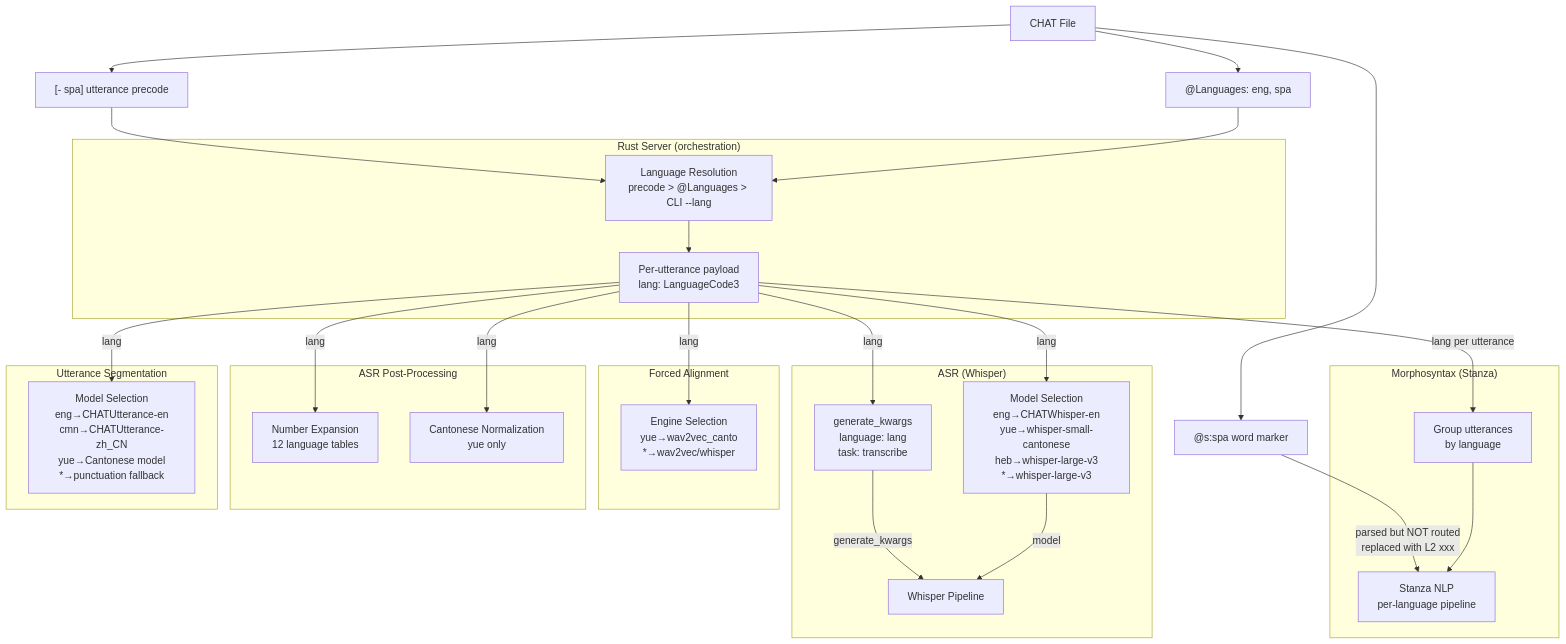
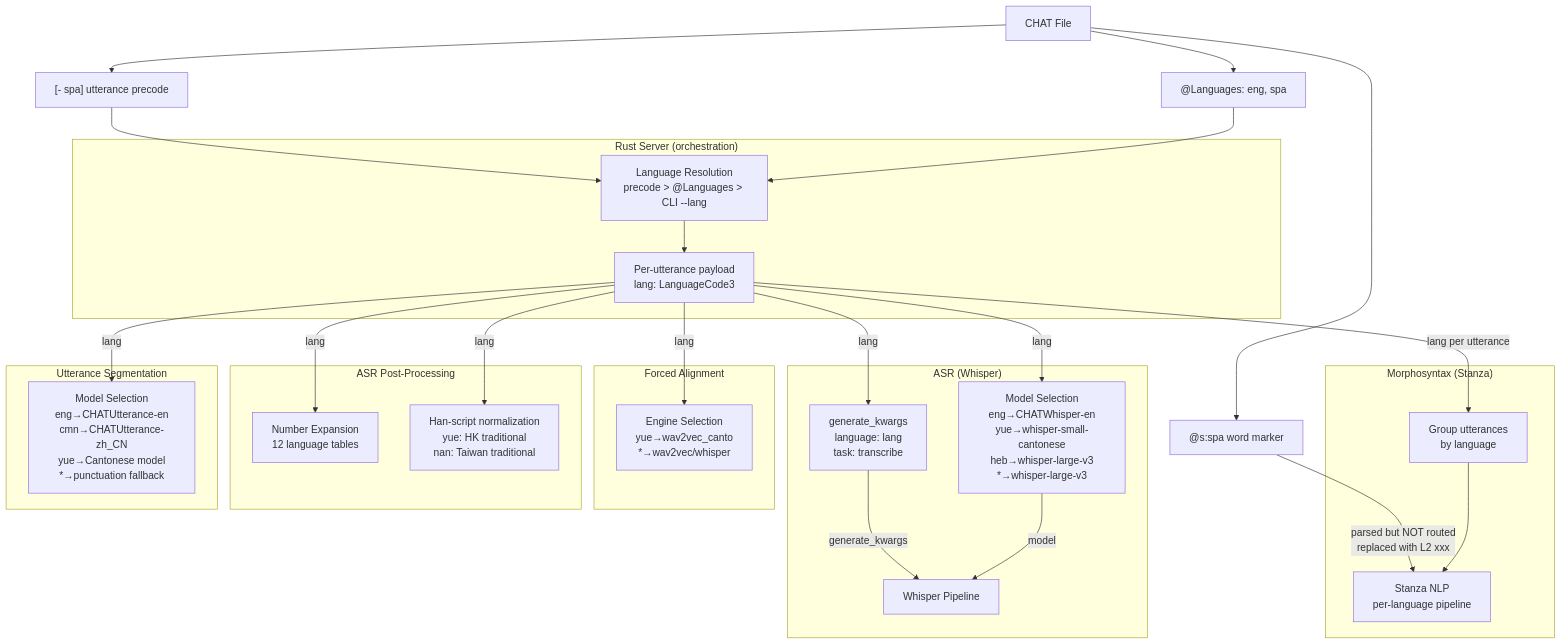
The first of 2 diagrams in book/src/architecture/language-and-multilingual/language-routing.md (FranklinChen/talkbank-tools), drawn with Mermaid before and after one commit. The commit also changed 39 other files, not shown here.

````diff
--- a/book/src/architecture/language-and-multilingual/language-routing.md
+++ b/book/src/architecture/language-and-multilingual/language-routing.md
@@ -29,53 +29,53 @@
 ```mermaid
 flowchart TD
     chat["CHAT File"]
     langs["@Languages: eng, spa"]
     precode["[- spa] utterance precode"]
     atS["@s:spa word marker"]
 
     chat --> langs & precode & atS
 
     subgraph Rust["Rust Server (orchestration)"]
         resolve["Language Resolution\nprecode > @Languages > CLI --lang"]
         payload["Per-utterance payload\nlang: LanguageCode3"]
     end
 
     langs & precode --> resolve --> payload
 
     subgraph ASR["ASR (Whisper)"]
         model_sel["Model Selection\neng→CHATWhisper-en\nyue→whisper-small-cantonese\nheb→whisper-large-v3\n*→whisper-large-v3"]
         gen_kwargs["generate_kwargs\nlanguage: lang\ntask: transcribe"]
         whisper["Whisper Pipeline"]
     end
 
     payload -->|lang| model_sel -->|model| whisper
     payload -->|lang| gen_kwargs -->|generate_kwargs| whisper
 
     subgraph Morphosyntax["Morphosyntax (Stanza)"]
         group_by["Group utterances\nby language"]
         stanza["Stanza NLP\nper-language pipeline"]
     end
 
     payload -->|lang per utterance| group_by --> stanza
 
     subgraph FA["Forced Alignment"]
         fa_engine["Engine Selection\nyue→wav2vec_canto\n*→wav2vec/whisper"]
     end
 
     payload -->|lang| fa_engine
 
     subgraph PostProc["ASR Post-Processing"]
         num_exp["Number Expansion\n12 language tables"]
-        canto["Cantonese Normalization\nyue only"]
+        canto["Han-script normalization\nyue: HK traditional\nnan: Taiwan traditional"]
     end
 
     payload -->|lang| num_exp & canto
 
     subgraph Utseg["Utterance Segmentation"]
         utseg_model["Model Selection\neng→CHATUtterance-en\ncmn→CHATUtterance-zh_CN\nyue→Cantonese model\n*→punctuation fallback"]
     end
 
     payload -->|lang| utseg_model
 
     atS -->|"parsed but NOT routed\nreplaced with L2 xxx"| stanza
 ```
````
